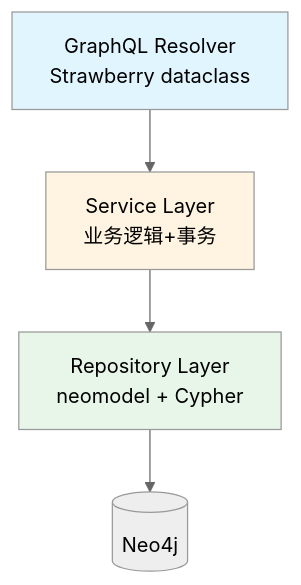
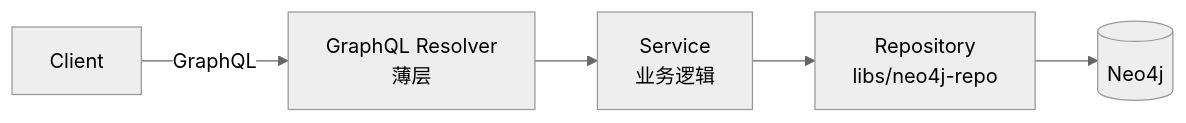
One commit to wangzitian0/PEG-scaner changed the second of 2 diagrams in docs/specs/tech/TRD-002.strawberry_fastapi.md. Above: the diagram before and after it, drawn with Mermaid (neutral theme). The commit also changed other lines of this file and 19 other files, not shown here.

````diff
--- a/docs/specs/tech/TRD-002.strawberry_fastapi.md
+++ b/docs/specs/tech/TRD-002.strawberry_fastapi.md
@@ -17,10 +53,7 @@
 ```mermaid
-graph TD
-    GraphQL[GraphQL Resolver<br/>Strawberry dataclass] --> Service[Service Layer<br/>业务逻辑+事务]
-    Service --> Repo[Repository Layer<br/>neomodel + Cypher]
-    Repo --> Neo4j[(Neo4j)]
-    
-    style GraphQL fill:#e1f5ff
-    style Service fill:#fff4e1
-    style Repo fill:#e8f5e9
+graph LR
+    Client[Client] -->|GraphQL| GQL[GraphQL Resolver<br/>薄层]
+    GQL --> SVC[Service<br/>业务逻辑]
+    SVC --> REPO[Repository<br/>libs/neo4j-repo]
+    REPO --> DB[(Neo4j)]
 ```
````
